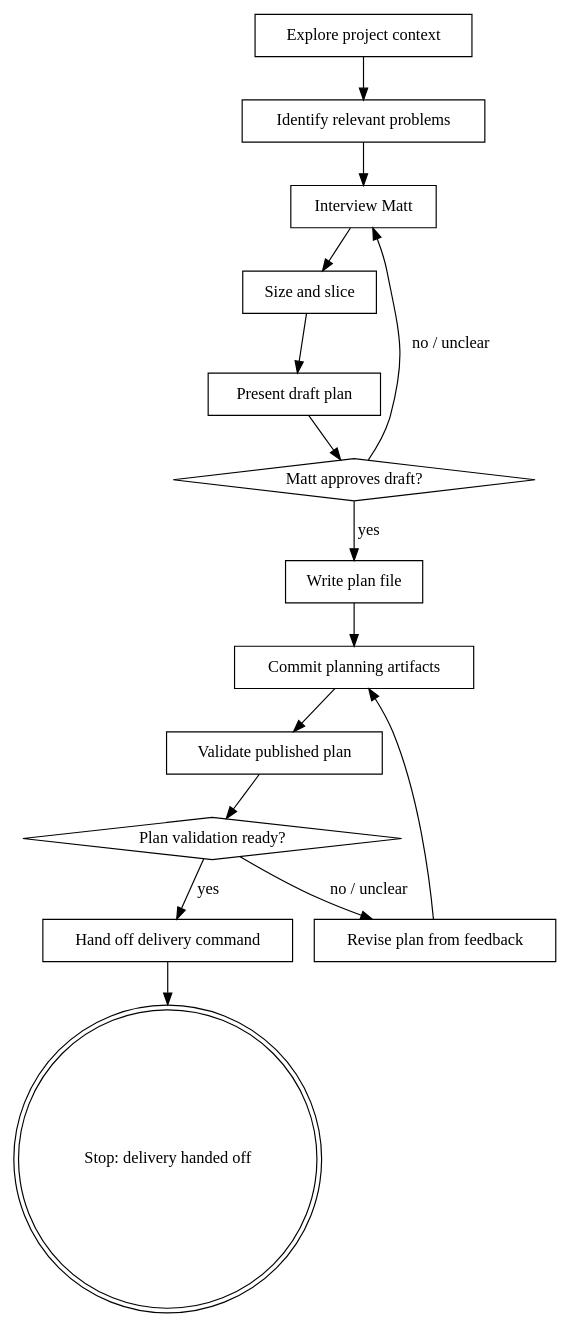
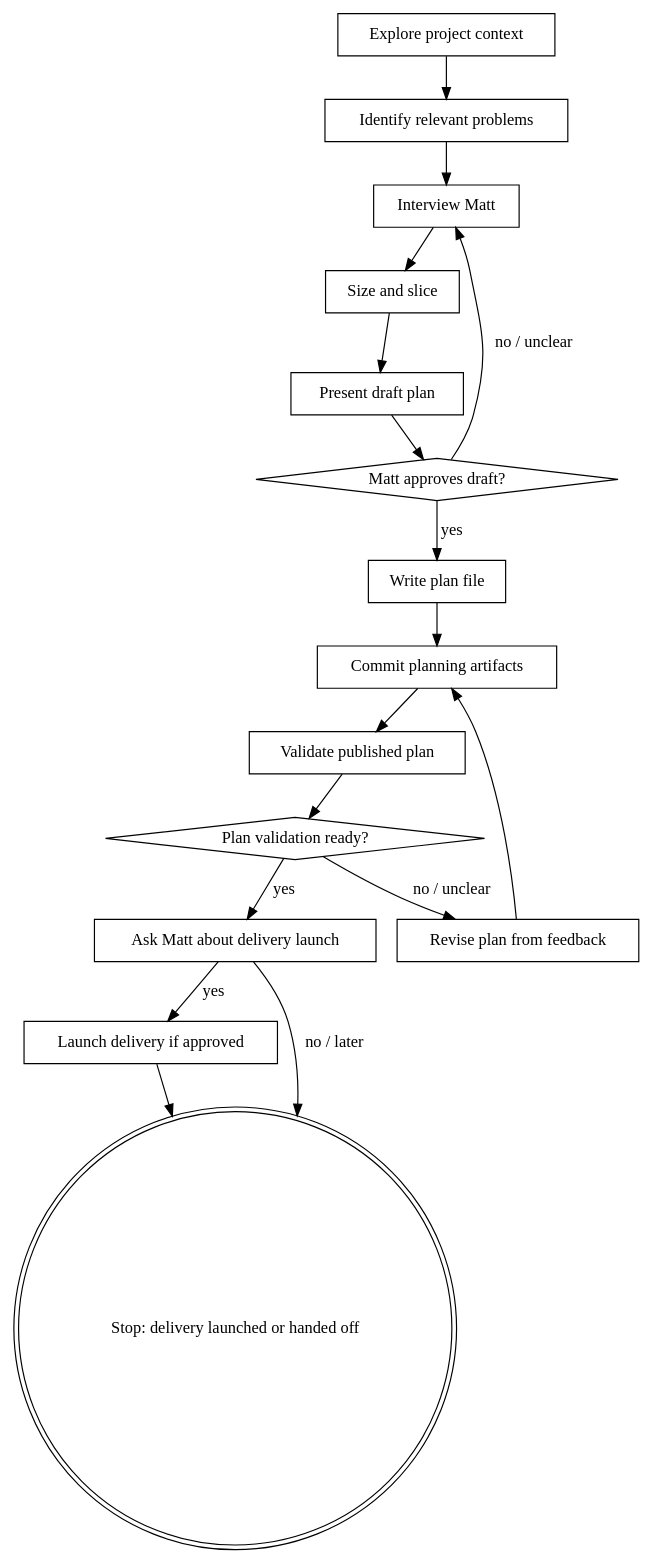
The diagram in .pi/skills/iteration-planning/SKILL.md (mattwynne/memba), drawn with Graphviz before and after one commit. The commit also changed other lines of this file, not shown here.

Commit message:
Update planning skill delivery launch prompt

````diff
--- a/.pi/skills/iteration-planning/SKILL.md
+++ b/.pi/skills/iteration-planning/SKILL.md
@@ -39,32 +40,35 @@
 ```dot
 digraph iteration_planning {
     "Explore project context" [shape=box];
     "Identify relevant problems" [shape=box];
     "Interview Matt" [shape=box];
     "Size and slice" [shape=box];
     "Present draft plan" [shape=box];
     "Matt approves draft?" [shape=diamond];
     "Write plan file" [shape=box];
     "Commit planning artifacts" [shape=box];
     "Validate published plan" [shape=box];
     "Plan validation ready?" [shape=diamond];
     "Revise plan from feedback" [shape=box];
-    "Hand off delivery command" [shape=box];
-    "Stop: delivery handed off" [shape=doublecircle];
+    "Ask Matt about delivery launch" [shape=box];
+    "Launch delivery if approved" [shape=box];
+    "Stop: delivery launched or handed off" [shape=doublecircle];
 
     "Explore project context" -> "Identify relevant problems";
     "Identify relevant problems" -> "Interview Matt";
     "Interview Matt" -> "Size and slice";
     "Size and slice" -> "Present draft plan";
     "Present draft plan" -> "Matt approves draft?";
     "Matt approves draft?" -> "Interview Matt" [label="no / unclear"];
     "Matt approves draft?" -> "Write plan file" [label="yes"];
     "Write plan file" -> "Commit planning artifacts";
     "Commit planning artifacts" -> "Validate published plan";
     "Validate published plan" -> "Plan validation ready?";
     "Plan validation ready?" -> "Revise plan from feedback" [label="no / unclear"];
     "Revise plan from feedback" -> "Commit planning artifacts";
-    "Plan validation ready?" -> "Hand off delivery command" [label="yes"];
-    "Hand off delivery command" -> "Stop: delivery handed off";
+    "Plan validation ready?" -> "Ask Matt about delivery launch" [label="yes"];
+    "Ask Matt about delivery launch" -> "Launch delivery if approved" [label="yes"];
+    "Ask Matt about delivery launch" -> "Stop: delivery launched or handed off" [label="no / later"];
+    "Launch delivery if approved" -> "Stop: delivery launched or handed off";
 }
 ```
````
